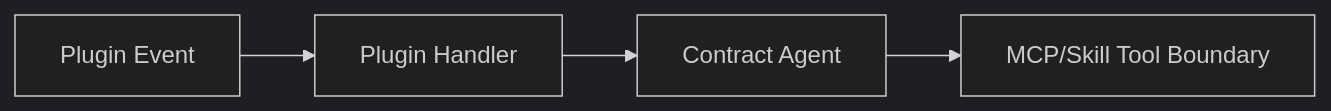
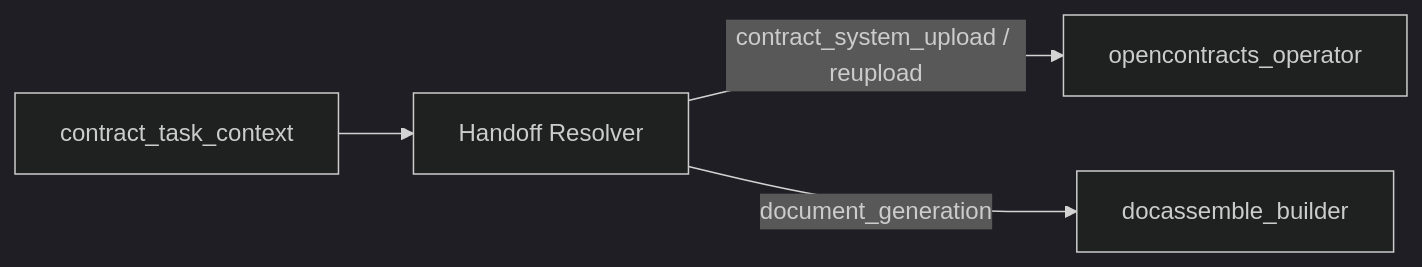
Before and after one commit to Ri0n72Y/ContractBotConfig: the third of 3 diagrams in plugins/astrbot_plugin_contract_handoff_policy/README.md, drawn with Mermaid (dark theme). The commit also changed other lines of this file, not shown here.

Commit message:
docs(handoff): add routing contract UML

````diff
--- a/plugins/astrbot_plugin_contract_handoff_policy/README.md
+++ b/plugins/astrbot_plugin_contract_handoff_policy/README.md
@@ -13,6 +70,11 @@
 ```mermaid
 flowchart LR
-    Event[Plugin Event] --> Handler[Plugin Handler]
-    Handler --> Agent[Contract Agent]
-    Agent --> Tool[MCP/Skill Tool Boundary]
+    Context[contract_task_context]
+    Resolver[Handoff Resolver]
+    OC[opencontracts_operator]
+    DA[docassemble_builder]
+
+    Context --> Resolver
+    Resolver -->|contract_system_upload / reupload| OC
+    Resolver -->|document_generation| DA
 ```
````
